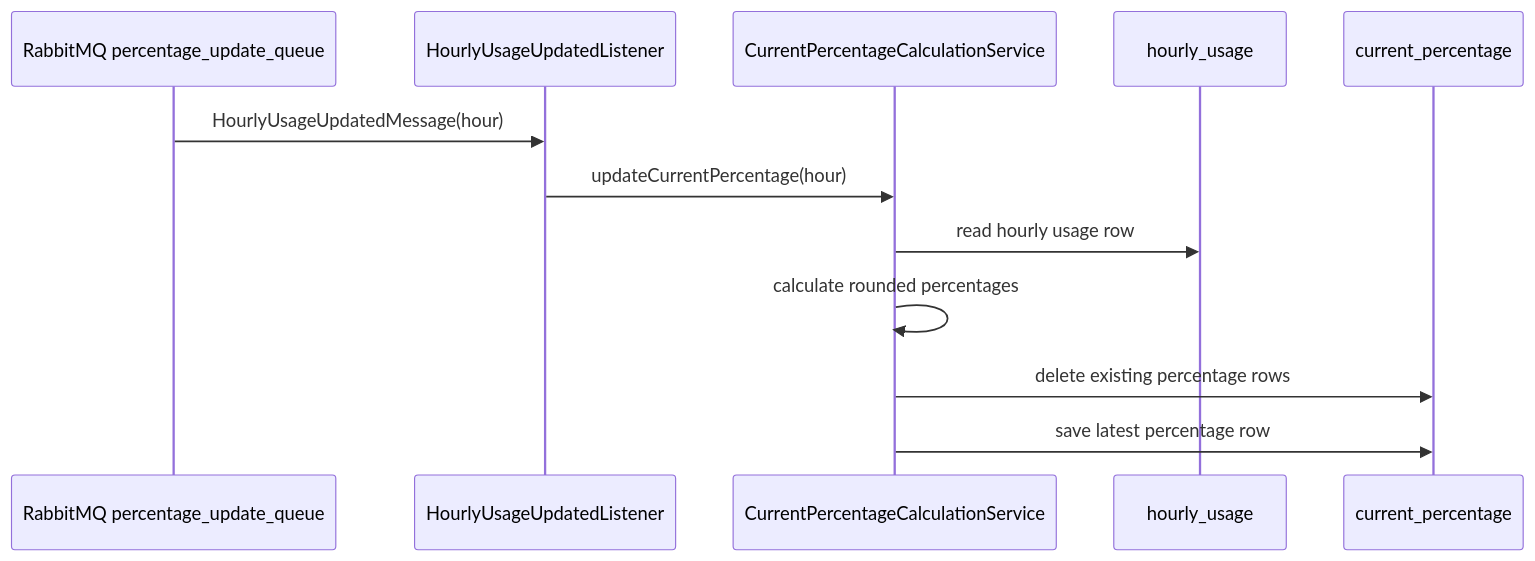
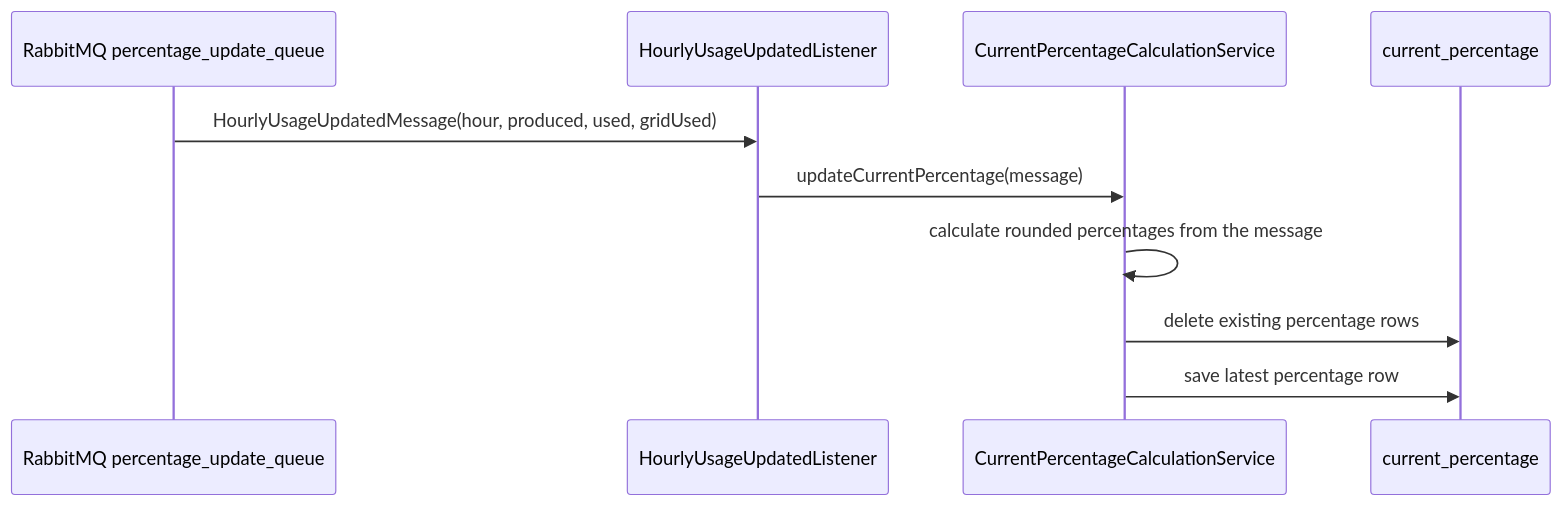
One commit to Dev02Liu/energy_community_project changed the second of 2 diagrams in docs/modules-documentation/percentage-service.md. Above: the diagram before and after it, drawn with Mermaid. The commit also changed other lines of this file and 16 other files, not shown here.

````diff
--- a/docs/modules-documentation/percentage-service.md
+++ b/docs/modules-documentation/percentage-service.md
@@ -81,15 +77,13 @@
 ```mermaid
 sequenceDiagram
     participant Q as RabbitMQ percentage_update_queue
     participant L as HourlyUsageUpdatedListener
     participant S as CurrentPercentageCalculationService
-    participant HU as hourly_usage
     participant CP as current_percentage
 
-    Q->>L: HourlyUsageUpdatedMessage(hour)
-    L->>S: updateCurrentPercentage(hour)
-    S->>HU: read hourly usage row
-    S->>S: calculate rounded percentages
+    Q->>L: HourlyUsageUpdatedMessage(hour, produced, used, gridUsed)
+    L->>S: updateCurrentPercentage(message)
+    S->>S: calculate rounded percentages from the message
     S->>CP: delete existing percentage rows
     S->>CP: save latest percentage row
 ```
````
